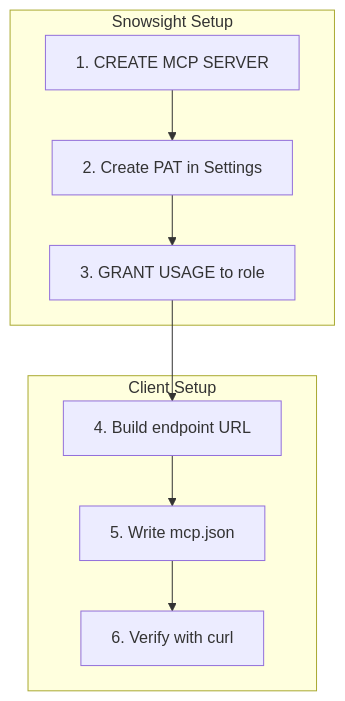
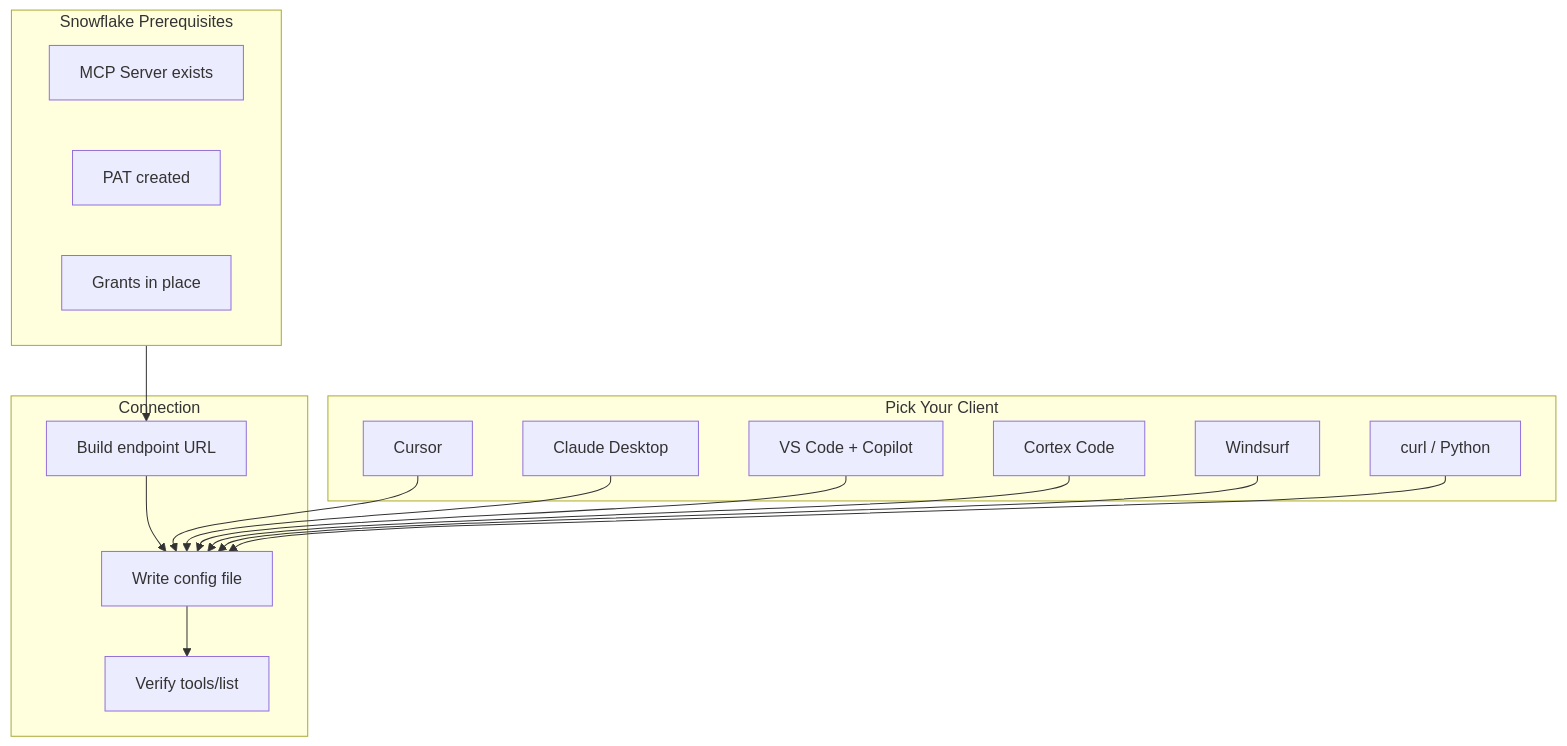
One commit to sfc-gh-miwhitaker/sfe-public changed the third of 5 diagrams in guide-mcp-auth/README.md. Above: the diagram before and after it, drawn with Mermaid. The commit also changed other lines of this file and 3 other files, not shown here.

First line of the commit message:
docs: update MCP authentication guide with client connection details

````diff
--- a/guide-mcp-auth/README.md
+++ b/guide-mcp-auth/README.md
@@ -104,16 +117,31 @@
 ```mermaid
 flowchart TD
-    subgraph snowsight [Snowsight Setup]
-        CreateMCP["1. CREATE MCP SERVER"]
-        CreatePAT["2. Create PAT in Settings"]
-        Grant["3. GRANT USAGE to role"]
+    subgraph prereqs [Snowflake Prerequisites]
+        MCP["MCP Server exists"]
+        PAT["PAT created"]
+        Grants["Grants in place"]
     end
 
-    subgraph client [Client Setup]
-        URL["4. Build endpoint URL"]
-        JSON["5. Write mcp.json"]
-        Test["6. Verify with curl"]
+    subgraph clients [Pick Your Client]
+        Cursor[Cursor]
+        Claude[Claude Desktop]
+        VSCode[VS Code + Copilot]
+        CortexCode[Cortex Code]
+        Windsurf[Windsurf]
+        Custom[curl / Python]
     end
 
-    CreateMCP --> CreatePAT --> Grant --> URL --> JSON --> Test
+    subgraph connect [Connection]
+        URL["Build endpoint URL"]
+        Config["Write config file"]
+        Verify["Verify tools/list"]
+    end
+
+    prereqs --> URL --> Config --> Verify
+    Cursor --> Config
+    Claude --> Config
+    VSCode --> Config
+    CortexCode --> Config
+    Windsurf --> Config
+    Custom --> Config
 ```
````
